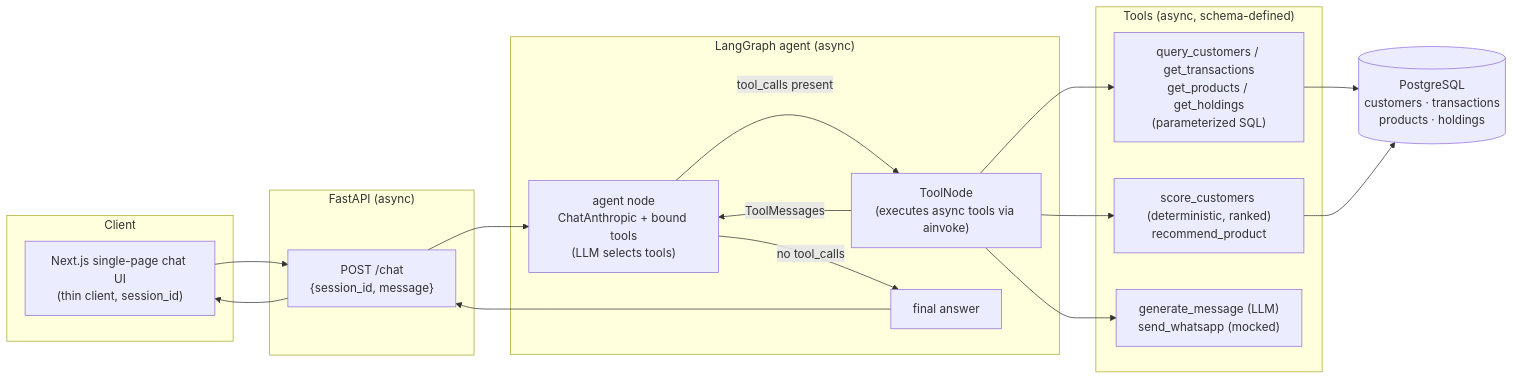
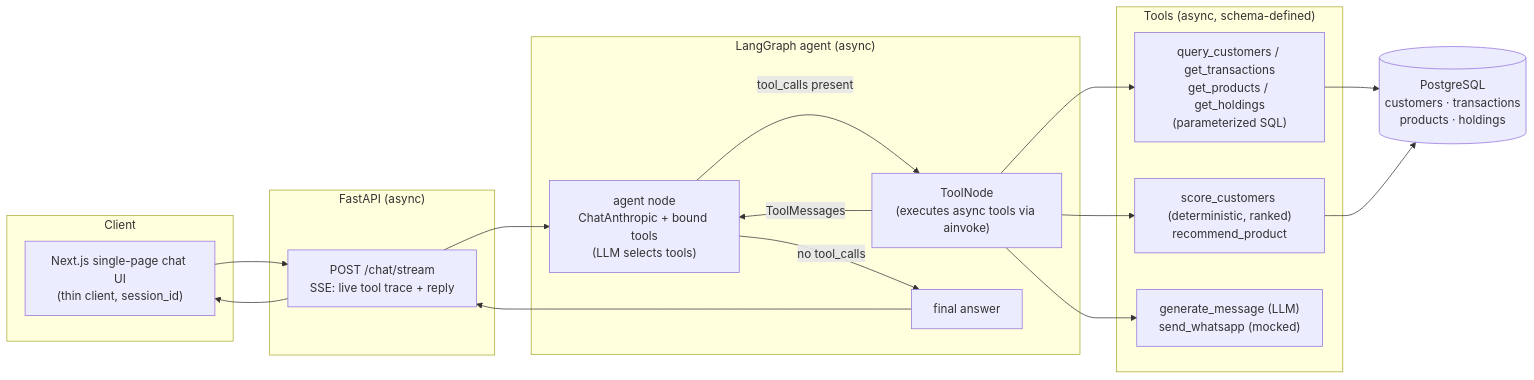
One commit to shreyanshj10/banking-crm-agent changed the diagram in docs/ARCHITECTURE.md. Above: the diagram before and after it, drawn with Mermaid. The commit also changed other lines of this file and 6 other files, not shown here.

First line of the commit message:
feat: live streaming agent trace via SSE /chat/stream

````diff
--- a/docs/ARCHITECTURE.md
+++ b/docs/ARCHITECTURE.md
@@ -25,32 +25,32 @@
 ```mermaid
 flowchart LR
     subgraph Client
       UI["Next.js single-page chat UI<br/>(thin client, session_id)"]
     end
 
     subgraph API["FastAPI (async)"]
-      CHAT["POST /chat<br/>{session_id, message}"]
+      STREAM["POST /chat/stream<br/>SSE: live tool trace + reply"]
     end
 
     subgraph Agent["LangGraph agent (async)"]
       LLM["agent node<br/>ChatAnthropic + bound tools<br/>(LLM selects tools)"]
       TOOLS["ToolNode<br/>(executes async tools via ainvoke)"]
       LLM -- "tool_calls present" --> TOOLS
       TOOLS -- "ToolMessages" --> LLM
       LLM -- "no tool_calls" --> DONE["final answer"]
     end
 
     subgraph ToolLayer["Tools (async, schema-defined)"]
       DATA["query_customers / get_transactions<br/>get_products / get_holdings<br/>(parameterized SQL)"]
       SCORE["score_customers (deterministic, ranked)<br/>recommend_product"]
       MSG["generate_message (LLM)<br/>send_whatsapp (mocked)"]
     end
 
     DB[("PostgreSQL<br/>customers · transactions<br/>products · holdings")]
 
-    UI --> CHAT --> LLM
+    UI --> STREAM --> LLM
     TOOLS --> DATA --> DB
     TOOLS --> SCORE --> DB
     TOOLS --> MSG
-    DONE --> CHAT --> UI
+    DONE --> STREAM --> UI
 ```
````
